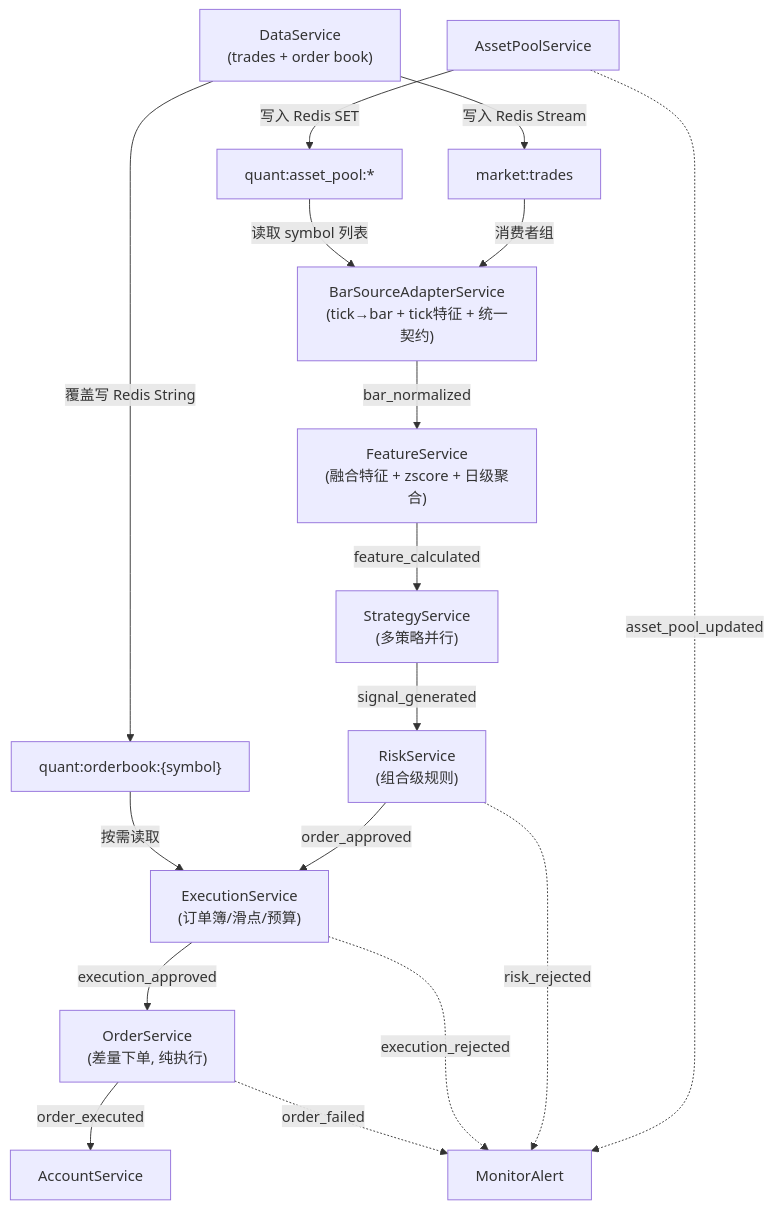
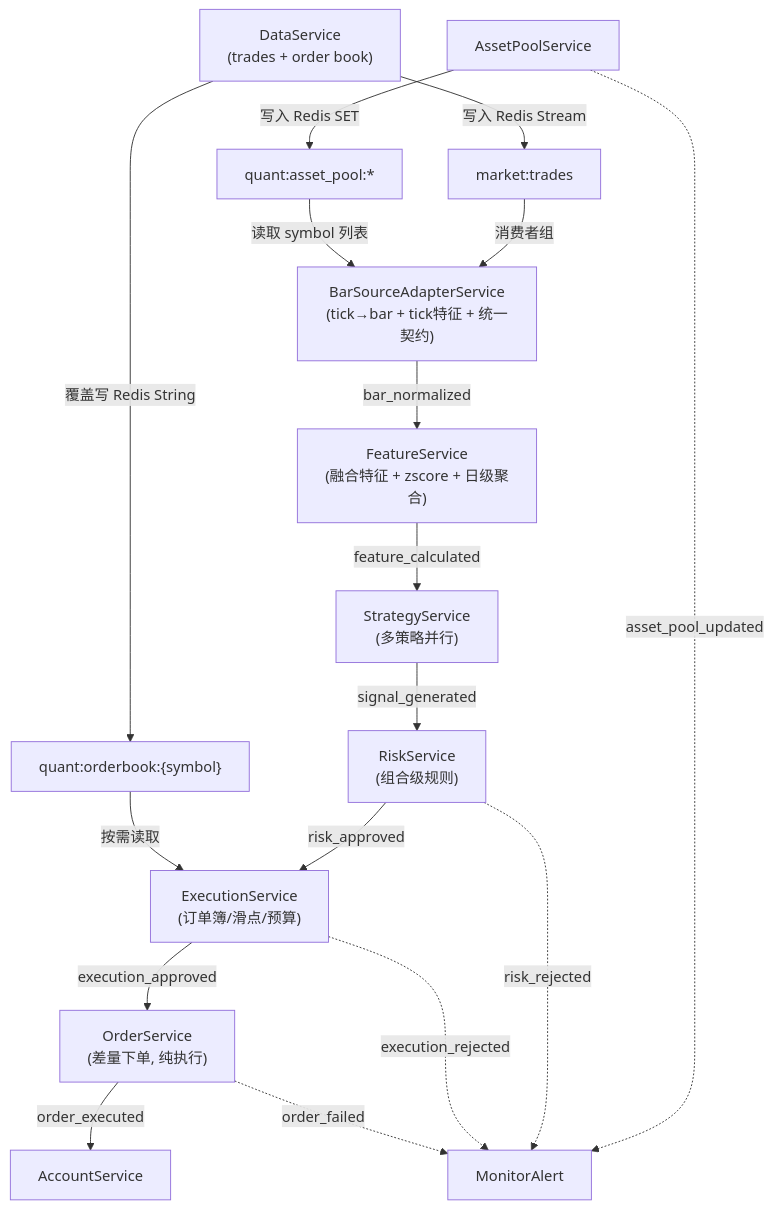
One commit to DragonQuantt/docs changed the second of 5 diagrams in content/architecture/index.md. Above: the diagram before and after it, drawn with Mermaid. The commit also changed other lines of this file and 3 other files, not shown here.

Commit message:
Update Redis and architecture documentation to replace `order_approved` with `risk_approved`.

````diff
--- a/content/architecture/index.md
+++ b/content/architecture/index.md
@@ -180,21 +180,21 @@
 ```mermaid
 flowchart TD
     DataSvc["DataService\n(trades + order book)"] -->|"写入 Redis Stream"| RedisStream["market:trades"]
     DataSvc -->|"覆盖写 Redis String"| RedisOrderbook["quant:orderbook:{symbol}"]
     AssetPoolSvc["AssetPoolService"] -->|"写入 Redis SET"| RedisSet["quant:asset_pool:*"]
     AssetPoolSvc -.->|asset_pool_updated| MonitorAlert
 
     RedisStream -->|"消费者组"| BarAdapter["BarSourceAdapterService\n(tick→bar + tick特征 + 统一契约)"]
     RedisSet -->|"读取 symbol 列表"| BarAdapter
 
     BarAdapter -->|bar_normalized| FeatureSvc["FeatureService\n(融合特征 + zscore + 日级聚合)"]
     FeatureSvc -->|feature_calculated| StrategySvc["StrategyService\n(多策略并行)"]
     StrategySvc -->|signal_generated| RiskSvc["RiskService\n(组合级规则)"]
-    RiskSvc -->|order_approved| ExecSvc["ExecutionService\n(订单簿/滑点/预算)"]
+    RiskSvc -->|risk_approved| ExecSvc["ExecutionService\n(订单簿/滑点/预算)"]
     ExecSvc -->|execution_approved| OrderSvc["OrderService\n(差量下单, 纯执行)"]
     RedisOrderbook -->|"按需读取"| ExecSvc
     RiskSvc -.->|risk_rejected| MonitorAlert
     ExecSvc -.->|execution_rejected| MonitorAlert
     OrderSvc -->|order_executed| AccountSvc["AccountService"]
     OrderSvc -.->|order_failed| MonitorAlert
 ```
````
